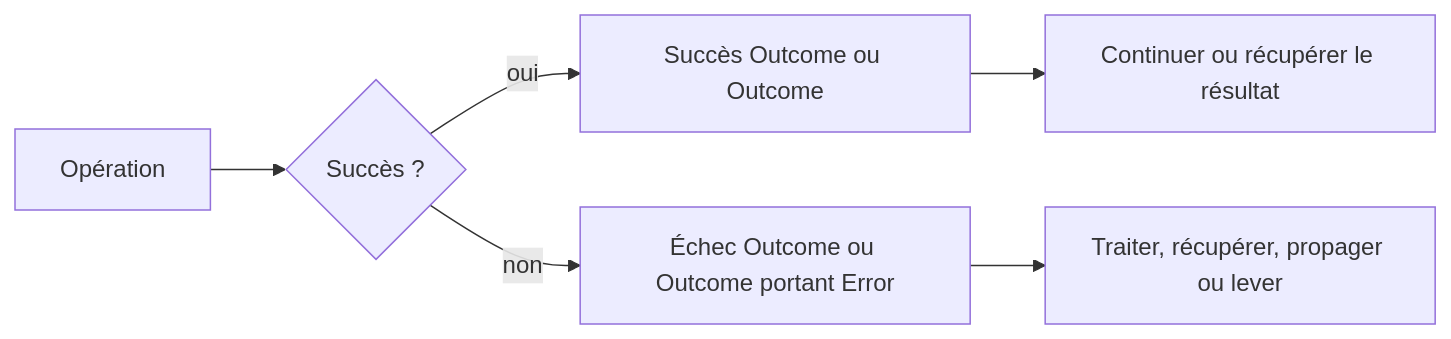
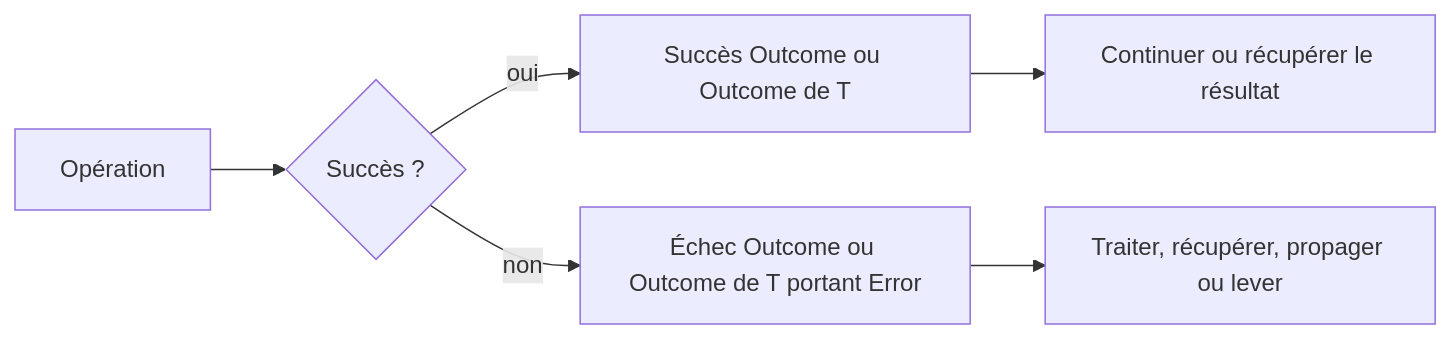
One commit to Reefact/first-class-errors changed the diagram in doc/OutcomeGuide.fr.md. Above: the diagram before and after it, drawn with Mermaid. The commit also changed 3 other files, not shown here.

First line of the commit message:
docs: fix mermaid labels that broke rendering

````diff
--- a/doc/OutcomeGuide.fr.md
+++ b/doc/OutcomeGuide.fr.md
@@ -12,8 +12,8 @@
 ```mermaid
 flowchart LR
     A[Opération] --> B{Succès ?}
-    B -->|oui| C[Succès Outcome ou Outcome<T>]
-    B -->|non| D[Échec Outcome ou Outcome<T> portant Error]
+    B -->|oui| C[Succès Outcome ou Outcome de T]
+    B -->|non| D[Échec Outcome ou Outcome de T portant Error]
     C --> E[Continuer ou récupérer le résultat]
     D --> F[Traiter, récupérer, propager ou lever]
 ```
````
